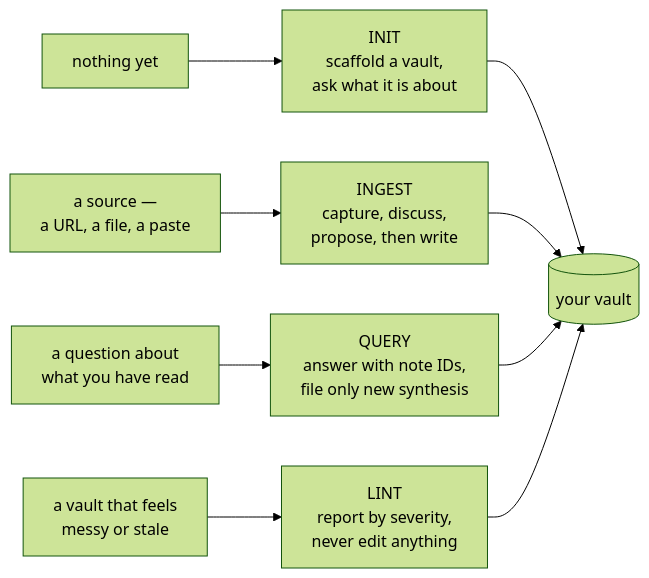
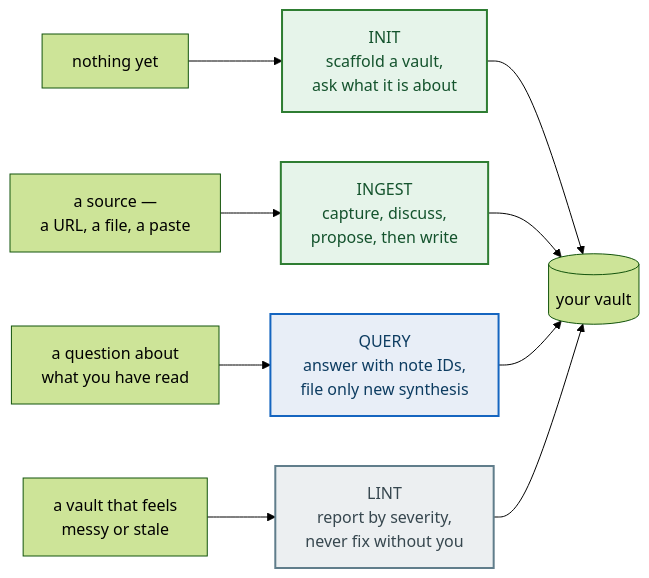
One commit to Dmytro-Kopylov-personal/zettelkasten-skill changed the first of 4 diagrams in README.md. Above: the diagram before and after it, drawn with Mermaid (forest theme). The commit also changed other lines of this file, not shown here.

Commit message:
docs: colour the operations diagram by what each does to the vault
Green writes, blue reads and files only genuine new synthesis, grey changes
nothing on its own. The labels already said all three, so the colour is a
second channel over the same claim rather than a new one.

Correcting the LINT label, which read "never edit anything" and was too
absolute. The body's Lint section is "Report only. Never fix without
confirmation -- the fix is a proposal like any other", so a lint run can end
in an edit once you approve it. It is the linter *script* that has no write
path at all, which README:315 already states correctly and separately, and
which the tests prove. The label now reads "never fix without you", and the
key line under the diagram says the same thing at more length.

No version bump: README.md is not in the payload install.sh ships.

````diff
--- a/README.md
+++ b/README.md
@@ -25,12 +25,19 @@
 ```mermaid
 flowchart LR
   NOTHING["nothing yet"] --> INT["INIT<br/>scaffold a vault,<br/>ask what it is about"]
   SRC["a source —<br/>a URL, a file, a paste"] --> ING["INGEST<br/>capture, discuss,<br/>propose, then write"]
   Q["a question about<br/>what you have read"] --> QRY["QUERY<br/>answer with note IDs,<br/>file only new synthesis"]
-  MESS["a vault that feels<br/>messy or stale"] --> LNT["LINT<br/>report by severity,<br/>never edit anything"]
+  MESS["a vault that feels<br/>messy or stale"] --> LNT["LINT<br/>report by severity,<br/>never fix without you"]
 
   INT --> V[("your vault")]
   ING --> V
   QRY --> V
   LNT --> V
+
+  classDef writes fill:#e6f4ea,stroke:#2e7d32,stroke-width:2px,color:#14532d
+  classDef reads fill:#e8eef7,stroke:#1565c0,stroke-width:2px,color:#0d3c61
+  classDef nowrite fill:#eceff1,stroke:#607d8b,stroke-width:2px,color:#37474f
+  class INT,ING writes
+  class QRY reads
+  class LNT nowrite
 ```
````
